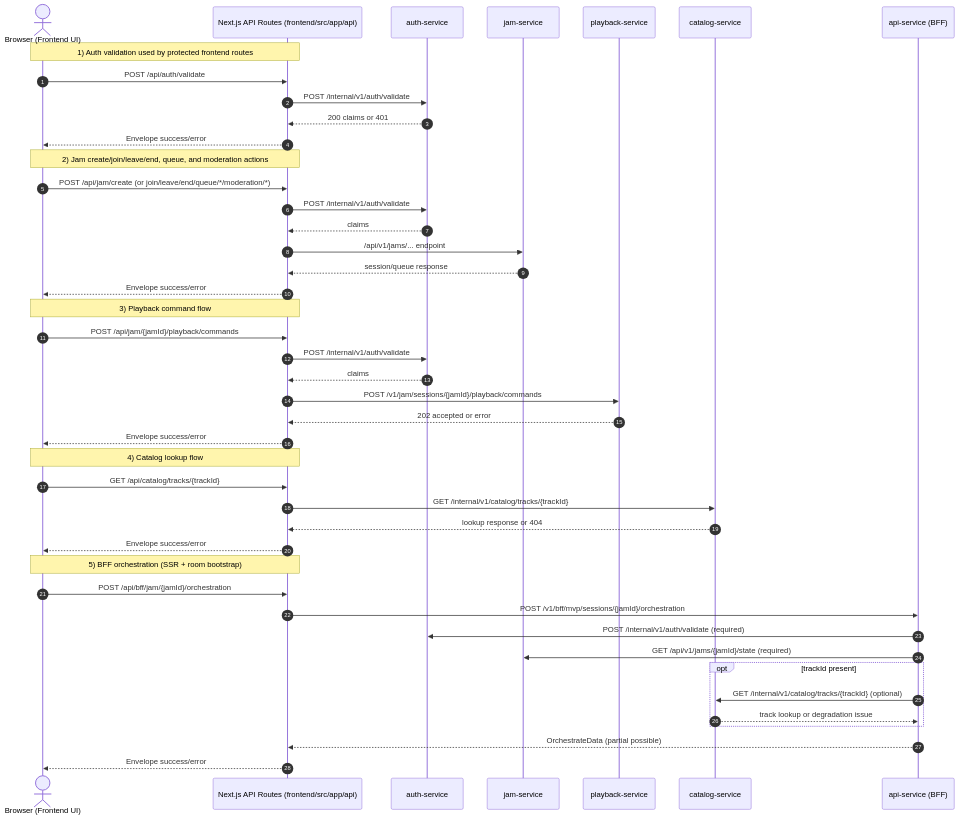
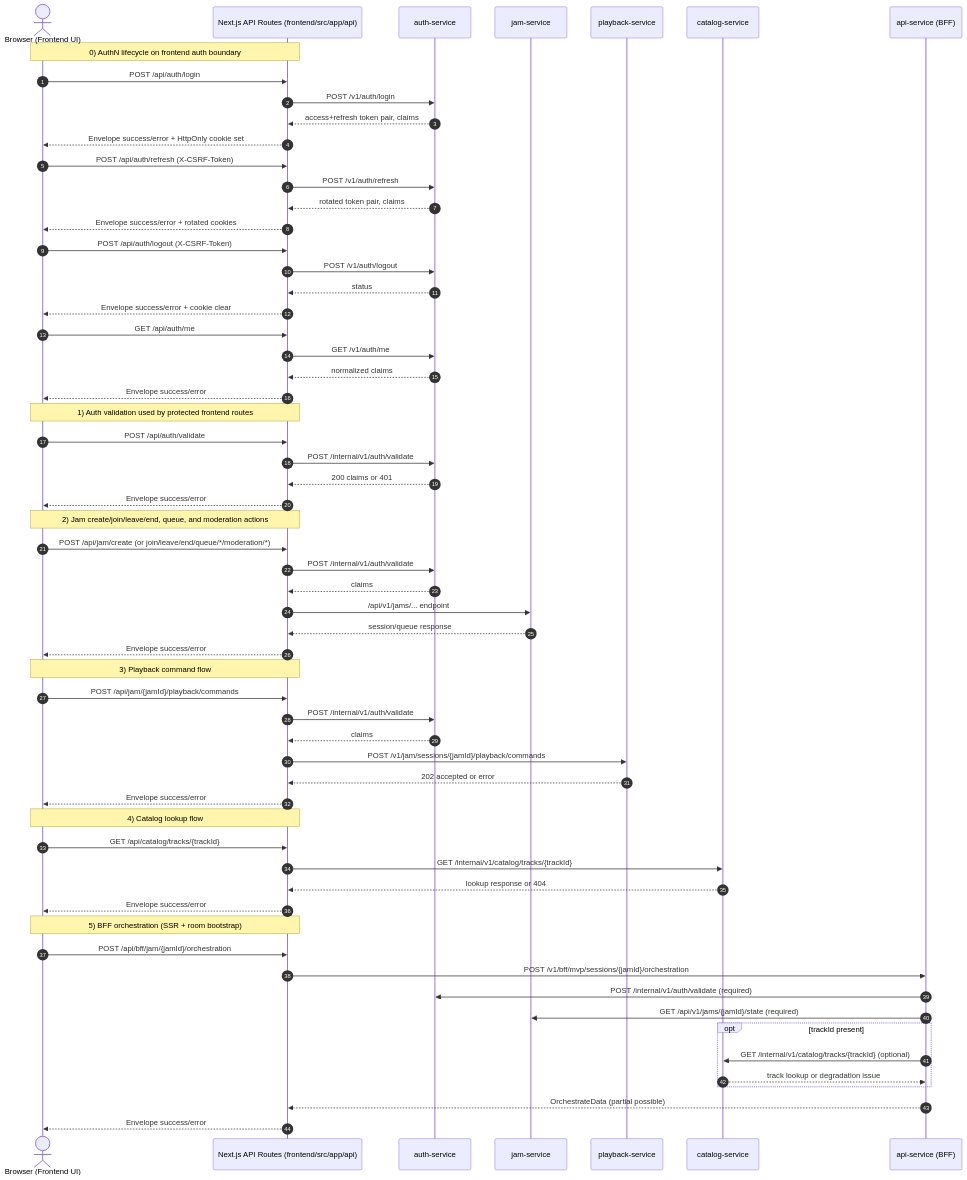
One commit to Hungfont/vibe-jams changed the first of 2 diagrams in docs/frontend-backend-sequence.md. Above: the diagram before and after it, drawn with Mermaid. The commit also changed other lines of this file and 62 other files, not shown here.

````diff
--- a/docs/frontend-backend-sequence.md
+++ b/docs/frontend-backend-sequence.md
@@ -115,51 +132,72 @@
 ```mermaid
 sequenceDiagram
     autonumber
     actor U as Browser (Frontend UI)
     participant N as Next.js API Routes (frontend/src/app/api)
     participant A as auth-service
     participant J as jam-service
     participant P as playback-service
     participant C as catalog-service
     participant B as api-service (BFF)
+
+    Note over U,N: 0) AuthN lifecycle on frontend auth boundary
+    U->>N: POST /api/auth/login
+    N->>A: POST /v1/auth/login
+    A-->>N: access+refresh token pair, claims
+    N-->>U: Envelope success/error + HttpOnly cookie set
+
+    U->>N: POST /api/auth/refresh (X-CSRF-Token)
+    N->>A: POST /v1/auth/refresh
+    A-->>N: rotated token pair, claims
+    N-->>U: Envelope success/error + rotated cookies
+
+    U->>N: POST /api/auth/logout (X-CSRF-Token)
+    N->>A: POST /v1/auth/logout
+    A-->>N: status
+    N-->>U: Envelope success/error + cookie clear
+
+    U->>N: GET /api/auth/me
+    N->>A: GET /v1/auth/me
+    A-->>N: normalized claims
+    N-->>U: Envelope success/error
 
     Note over U,N: 1) Auth validation used by protected frontend routes
     U->>N: POST /api/auth/validate
     N->>A: POST /internal/v1/auth/validate
     A-->>N: 200 claims or 401
     N-->>U: Envelope success/error
 
     Note over U,N: 2) Jam create/join/leave/end, queue, and moderation actions
     U->>N: POST /api/jam/create (or join/leave/end/queue/*/moderation/*)
     N->>A: POST /internal/v1/auth/validate
     A-->>N: claims
     N->>J: /api/v1/jams/... endpoint
     J-->>N: session/queue response
     N-->>U: Envelope success/error
 
     Note over U,N: 3) Playback command flow
     U->>N: POST /api/jam/{jamId}/playback/commands
     N->>A: POST /internal/v1/auth/validate
     A-->>N: claims
     N->>P: POST /v1/jam/sessions/{jamId}/playback/commands
     P-->>N: 202 accepted or error
     N-->>U: Envelope success/error
 
     Note over U,N: 4) Catalog lookup flow
     U->>N: GET /api/catalog/tracks/{trackId}
     N->>C: GET /internal/v1/catalog/tracks/{trackId}
     C-->>N: lookup response or 404
     N-->>U: Envelope success/error
 
     Note over U,N: 5) BFF orchestration (SSR + room bootstrap)
     U->>N: POST /api/bff/jam/{jamId}/orchestration
     N->>B: POST /v1/bff/mvp/sessions/{jamId}/orchestration
     B->>A: POST /internal/v1/auth/validate (required)
     B->>J: GET /api/v1/jams/{jamId}/state (required)
     opt trackId present
         B->>C: GET /internal/v1/catalog/tracks/{trackId} (optional)
         C-->>B: track lookup or degradation issue
     end
     B-->>N: OrchestrateData (partial possible)
     N-->>U: Envelope success/error
 ```
````
